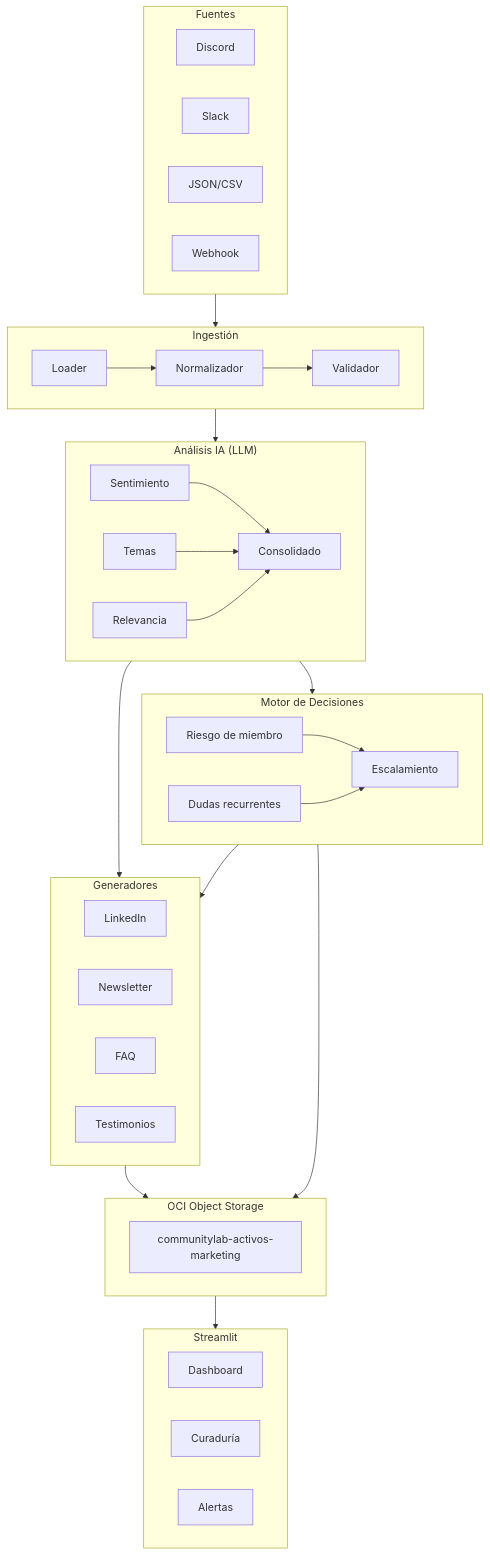
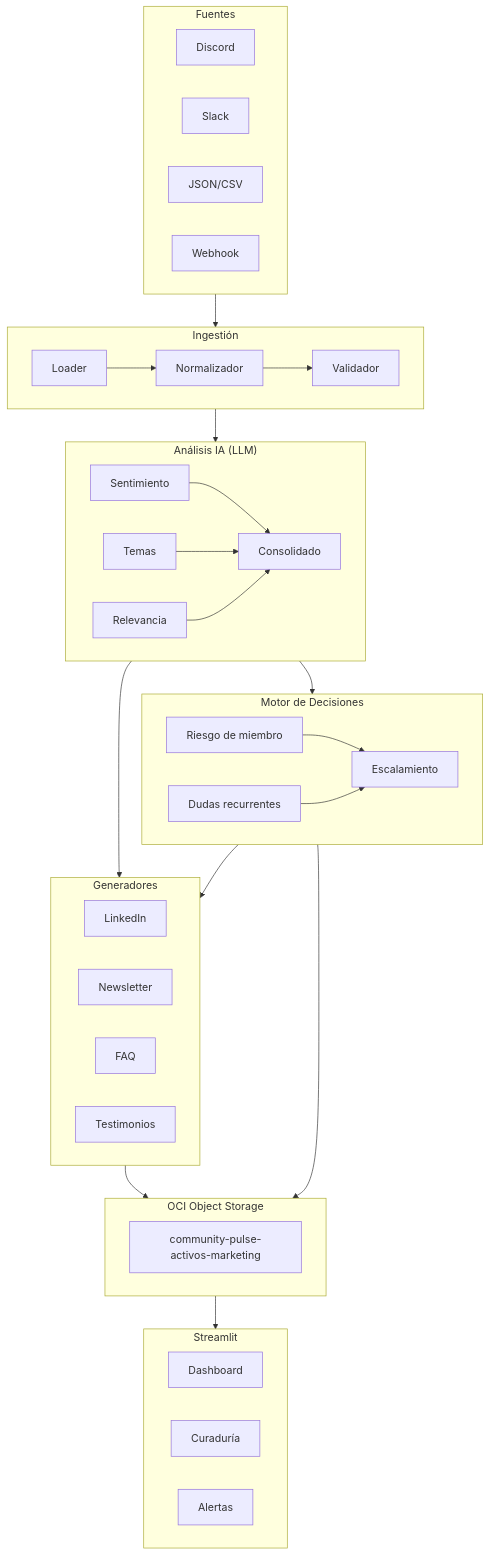
Before and after one commit to Rox-0864/community-pulse: the diagram in communitylab/README.md, drawn with Mermaid. The commit also changed other lines of this file and 51 other files, not shown here.

Commit message:
refactor: rename project to Community Pulse

````diff
--- a/communitylab/README.md
+++ b/communitylab/README.md
@@ -24,38 +24,38 @@
 ```mermaid
 flowchart TB
     subgraph FUENTES["Fuentes"]
         D["Discord"] & S["Slack"] & J["JSON/CSV"] & W["Webhook"]
     end
 
     subgraph ING["Ingestión"]
         I1["Loader"] --> I2["Normalizador"] --> I3["Validador"]
     end
 
     subgraph ANL["Análisis IA (LLM)"]
         A1["Sentimiento"] & A2["Temas"] & A3["Relevancia"] --> A4["Consolidado"]
     end
 
     subgraph DEC["Motor de Decisiones"]
         D1["Riesgo de miembro"] & D2["Dudas recurrentes"] --> D3["Escalamiento"]
     end
 
     subgraph GEN["Generadores"]
         G1["LinkedIn"] & G2["Newsletter"] & G3["FAQ"] & G4["Testimonios"]
     end
 
     subgraph OCI["OCI Object Storage"]
-        B["communitylab-activos-marketing"]
+        B["community-pulse-activos-marketing"]
     end
 
     subgraph UI["Streamlit"]
         U1["Dashboard"] & U2["Curaduría"] & U3["Alertas"]
     end
 
     FUENTES --> ING --> ANL
     ANL --> DEC
     ANL --> GEN
     DEC --> GEN
     GEN --> OCI
     DEC --> OCI
     OCI --> UI
 ```
````
